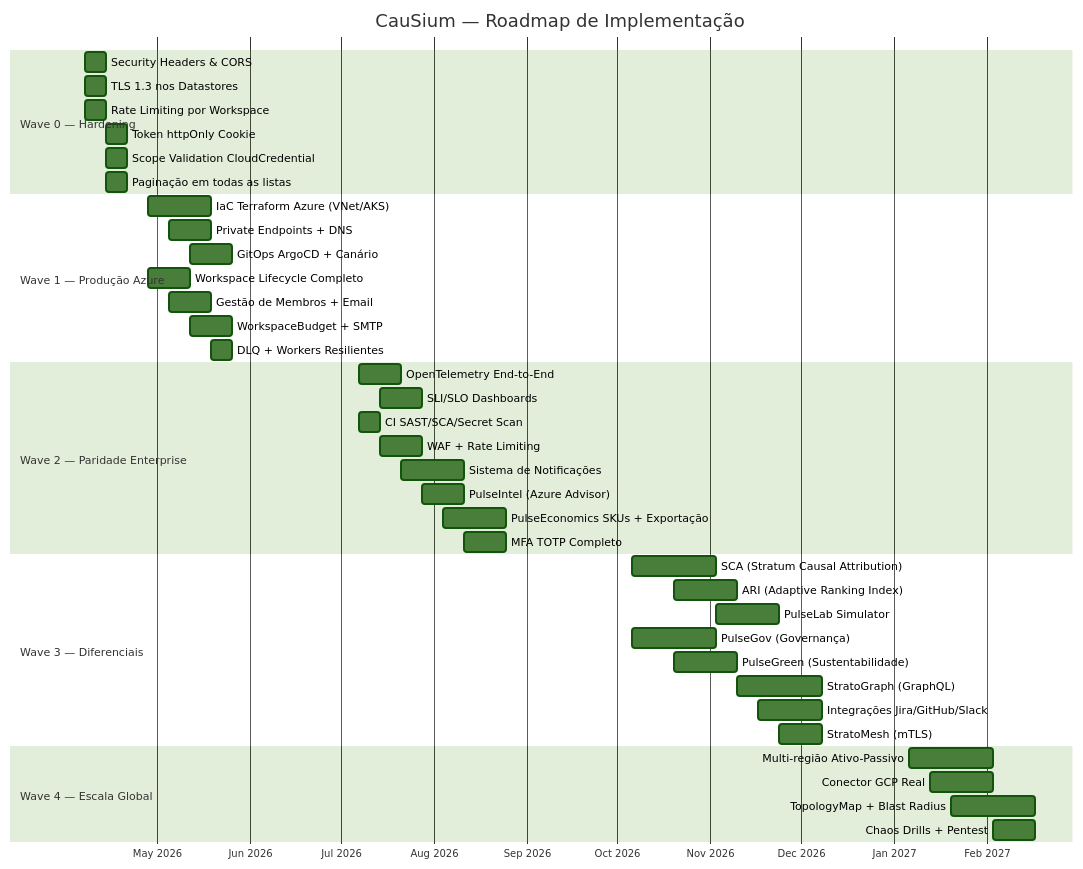
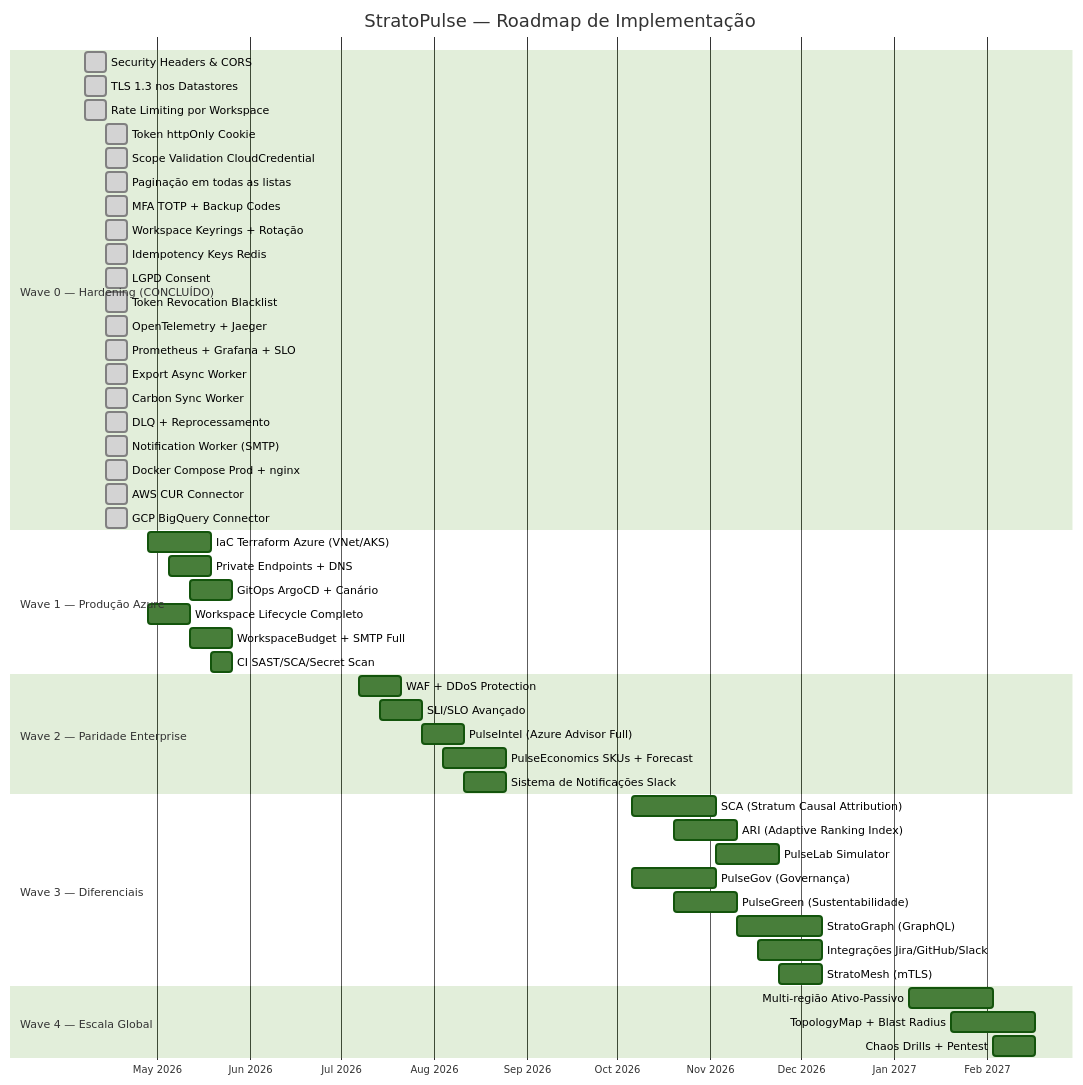
Diagram 18 of 18 in README.md (FilipiWanderley/CauSium), drawn with Mermaid (forest theme) before and after one commit. The commit also changed other lines of this file, not shown here.

First line of the commit message:
docs: atualiza README para refletir estado real do MVP

````diff
--- a/README.md
+++ b/README.md
@@ -862,49 +1065,58 @@
 ```mermaid
 gantt
-  title CauSium — Roadmap de Implementação
+  title StratoPulse — Roadmap de Implementação
   dateFormat  YYYY-MM-DD
   axisFormat  %b %Y
 
-  section Wave 0 — Hardening
-  Security Headers & CORS        :w0a, 2026-04-07, 1w
-  TLS 1.3 nos Datastores         :w0b, 2026-04-07, 1w
-  Rate Limiting por Workspace    :w0c, 2026-04-07, 1w
-  Token httpOnly Cookie          :w0d, 2026-04-14, 1w
-  Scope Validation CloudCredential :w0e, 2026-04-14, 1w
-  Paginação em todas as listas   :w0f, 2026-04-14, 1w
+  section Wave 0 — Hardening (CONCLUÍDO)
+  Security Headers & CORS        :done, w0a, 2026-04-07, 1w
+  TLS 1.3 nos Datastores         :done, w0b, 2026-04-07, 1w
+  Rate Limiting por Workspace    :done, w0c, 2026-04-07, 1w
+  Token httpOnly Cookie          :done, w0d, 2026-04-14, 1w
+  Scope Validation CloudCredential :done, w0e, 2026-04-14, 1w
+  Paginação em todas as listas   :done, w0f, 2026-04-14, 1w
+  MFA TOTP + Backup Codes        :done, w0g, 2026-04-14, 1w
+  Workspace Keyrings + Rotação   :done, w0h, 2026-04-14, 1w
+  Idempotency Keys Redis         :done, w0i, 2026-04-14, 1w
+  LGPD Consent                   :done, w0j, 2026-04-14, 1w
+  Token Revocation Blacklist     :done, w0k, 2026-04-14, 1w
+  OpenTelemetry + Jaeger         :done, w0l, 2026-04-14, 1w
+  Prometheus + Grafana + SLO     :done, w0m, 2026-04-14, 1w
+  Export Async Worker            :done, w0n, 2026-04-14, 1w
+  Carbon Sync Worker             :done, w0o, 2026-04-14, 1w
+  DLQ + Reprocessamento          :done, w0p, 2026-04-14, 1w
+  Notification Worker (SMTP)     :done, w0q, 2026-04-14, 1w
+  Docker Compose Prod + nginx    :done, w0r, 2026-04-14, 1w
+  AWS CUR Connector              :done, w0s, 2026-04-14, 1w
+  GCP BigQuery Connector         :done, w0t, 2026-04-14, 1w
 
   section Wave 1 — Produção Azure
   IaC Terraform Azure (VNet/AKS) :w1a, 2026-04-28, 3w
   Private Endpoints + DNS        :w1b, 2026-05-05, 2w
   GitOps ArgoCD + Canário        :w1c, 2026-05-12, 2w
   Workspace Lifecycle Completo   :w1d, 2026-04-28, 2w
-  Gestão de Membros + Email      :w1e, 2026-05-05, 2w
-  WorkspaceBudget + SMTP         :w1f, 2026-05-12, 2w
-  DLQ + Workers Resilientes      :w1g, 2026-05-19, 1w
+  WorkspaceBudget + SMTP Full    :w1e, 2026-05-12, 2w
+  CI SAST/SCA/Secret Scan        :w1f, 2026-05-19, 1w
 
   section Wave 2 — Paridade Enterprise
-  OpenTelemetry End-to-End       :w2a, 2026-07-07, 2w
-  SLI/SLO Dashboards             :w2b, 2026-07-14, 2w
-  CI SAST/SCA/Secret Scan        :w2c, 2026-07-07, 1w
-  WAF + Rate Limiting            :w2d, 2026-07-14, 2w
-  Sistema de Notificações        :w2e, 2026-07-21, 3w
-  PulseIntel (Azure Advisor)     :w2f, 2026-07-28, 2w
-  PulseEconomics SKUs + Exportação :w2g, 2026-08-04, 3w
-  MFA TOTP Completo              :w2h, 2026-08-11, 2w
+  WAF + DDoS Protection          :w2a, 2026-07-07, 2w
+  SLI/SLO Avançado               :w2b, 2026-07-14, 2w
+  PulseIntel (Azure Advisor Full) :w2c, 2026-07-28, 2w
+  PulseEconomics SKUs + Forecast :w2d, 2026-08-04, 3w
+  Sistema de Notificações Slack  :w2e, 2026-08-11, 2w
 
   section Wave 3 — Diferenciais
   SCA (Stratum Causal Attribution) :w3a, 2026-10-06, 4w
   ARI (Adaptive Ranking Index)   :w3b, 2026-10-20, 3w
   PulseLab Simulator             :w3c, 2026-11-03, 3w
   PulseGov (Governança)          :w3d, 2026-10-06, 4w
   PulseGreen (Sustentabilidade)  :w3e, 2026-10-20, 3w
   StratoGraph (GraphQL)          :w3f, 2026-11-10, 4w
   Integrações Jira/GitHub/Slack  :w3g, 2026-11-17, 3w
   StratoMesh (mTLS)              :w3h, 2026-11-24, 2w
 
   section Wave 4 — Escala Global
   Multi-região Ativo-Passivo     :w4a, 2027-01-06, 4w
-  Conector GCP Real              :w4b, 2027-01-13, 3w
-  TopologyMap + Blast Radius     :w4c, 2027-01-20, 4w
-  Chaos Drills + Pentest         :w4d, 2027-02-03, 2w
+  TopologyMap + Blast Radius     :w4b, 2027-01-20, 4w
+  Chaos Drills + Pentest         :w4c, 2027-02-03, 2w
 ```
````
